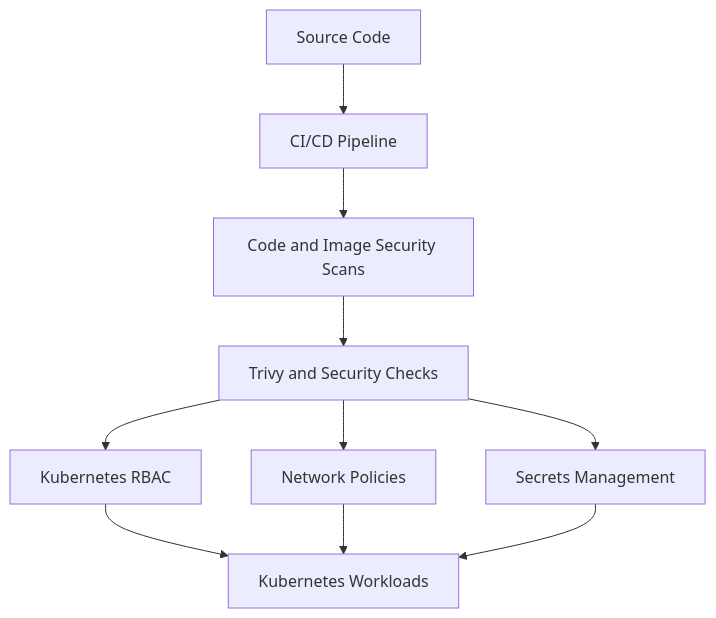
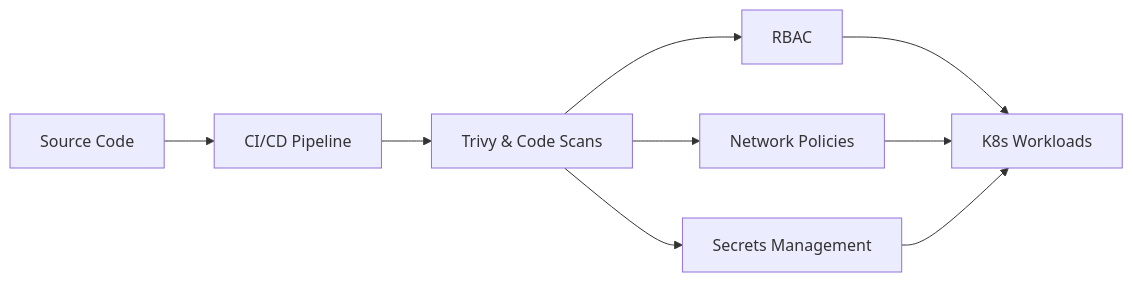
One commit to manesaurabh1704-devops/manesaurabh1704-devops changed the sixth of 8 diagrams in README.md. Above: the diagram before and after it, drawn with Mermaid. The commit also changed other lines of this file, not shown here.

````diff
--- a/README.md
+++ b/README.md
@@ -461,12 +223,7 @@
 ```mermaid
-flowchart TD
-    A["Source Code"] --> B["CI/CD Pipeline"]
-    B --> C["Code and Image Security Scans"]
-    C --> D["Trivy and Security Checks"]
-    D --> E["Kubernetes RBAC"]
-    D --> F["Network Policies"]
-    D --> G["Secrets Management"]
-    E --> H["Kubernetes Workloads"]
-    F --> H
-    G --> H
+flowchart LR
+    A["Source Code"] --> B["CI/CD Pipeline"] --> C["Trivy & Code Scans"]
+    C --> D["RBAC"] --> G["K8s Workloads"]
+    C --> E["Network Policies"] --> G
+    C --> F["Secrets Management"] --> G
 ```
````
